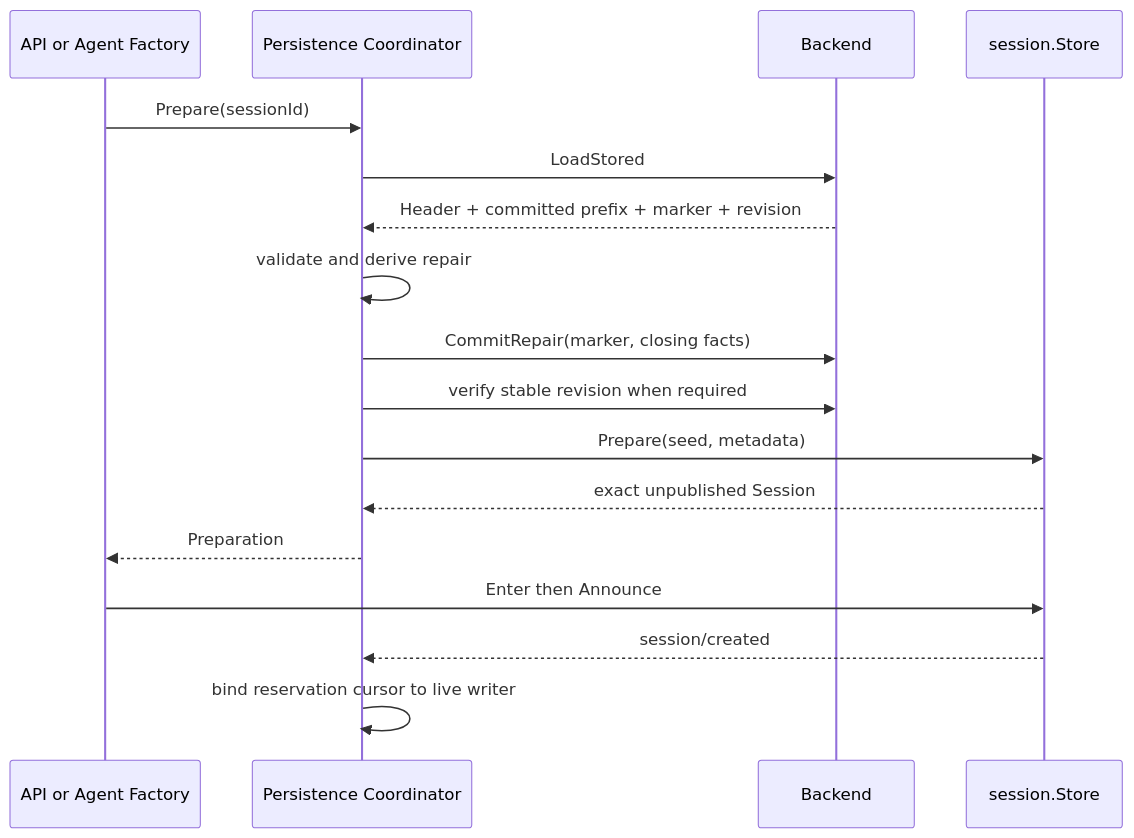
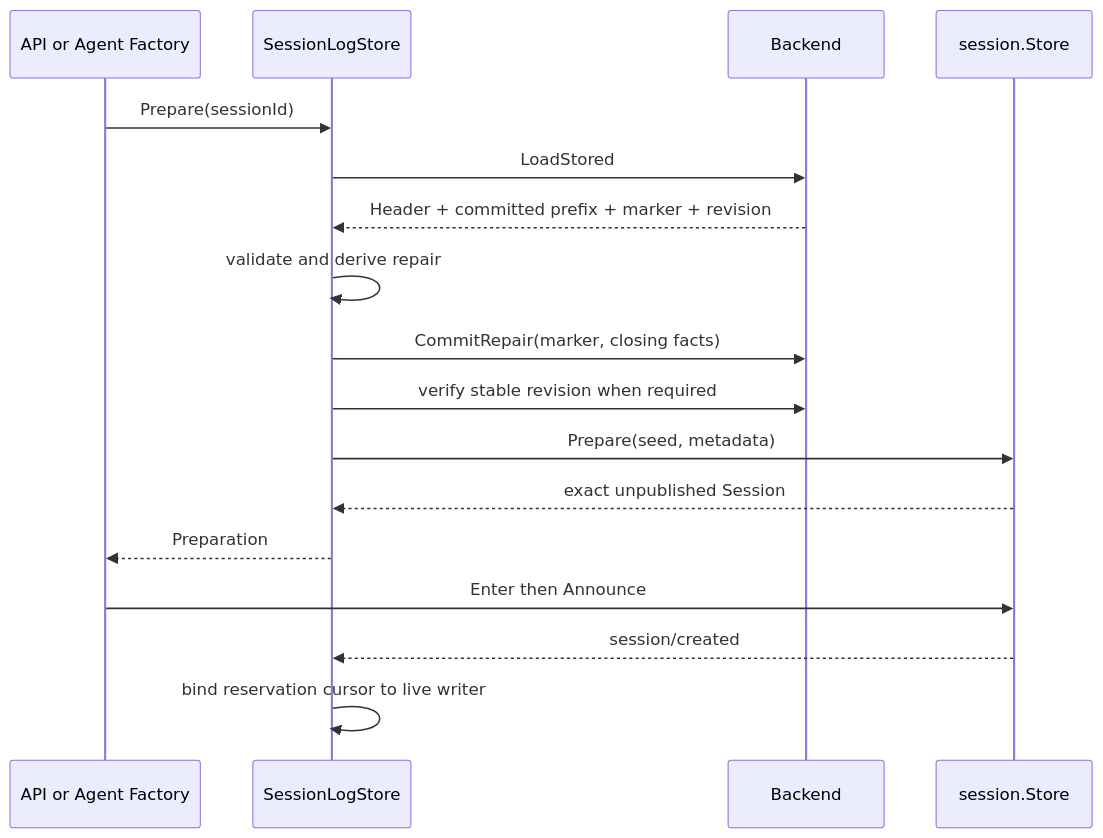
One commit to gorenx/goren changed the third of 3 diagrams in zh-CN/19-session-persistence-and-sqlite.md. Above: the diagram before and after it, drawn with Mermaid. The commit also changed other lines of this file and 17 other files, not shown here.

````diff
--- a/zh-CN/19-session-persistence-and-sqlite.md
+++ b/zh-CN/19-session-persistence-and-sqlite.md
@@ -96,19 +99,19 @@
 ```mermaid
 sequenceDiagram
     participant A as API or Agent Factory
-    participant C as Persistence Coordinator
+    participant C as SessionLogStore
     participant B as Backend
     participant S as session.Store
     A->>C: Prepare(sessionId)
     C->>B: LoadStored
     B-->>C: Header + committed prefix + marker + revision
     C->>C: validate and derive repair
     C->>B: CommitRepair(marker, closing facts)
     C->>B: verify stable revision when required
     C->>S: Prepare(seed, metadata)
     S-->>C: exact unpublished Session
     C-->>A: Preparation
     A->>S: Enter then Announce
     S-->>C: session/created
     C->>C: bind reservation cursor to live writer
 ```
````
